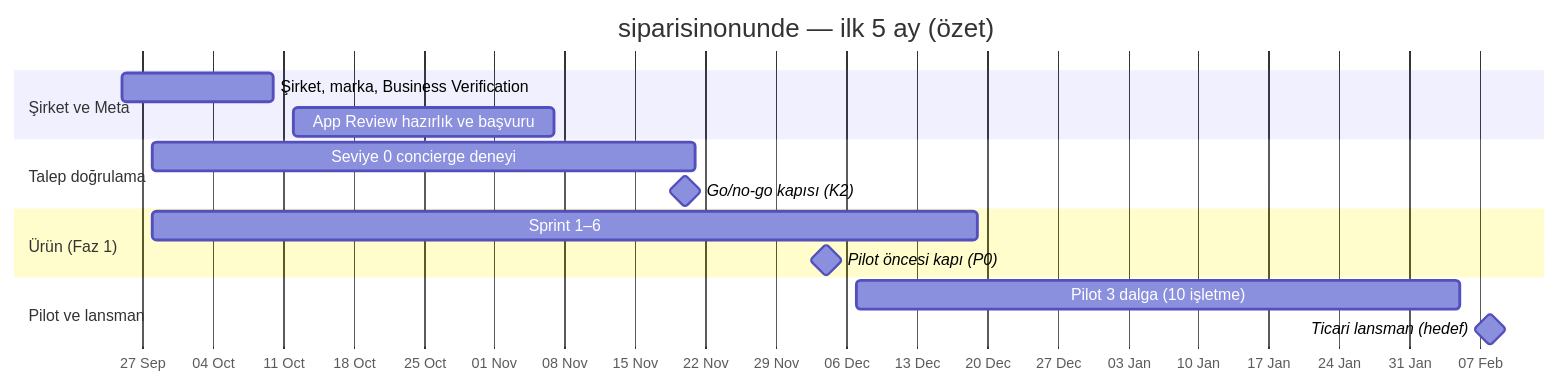
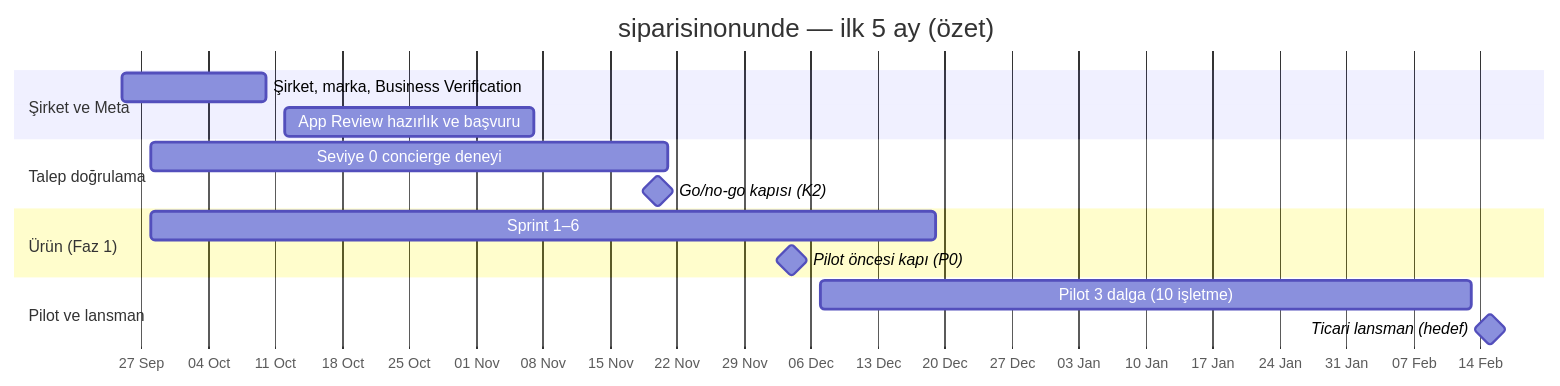
Before and after one commit to eraycaylak/siparisinonunde: the diagram in docs/00-yonetici-ozeti.md, drawn with Mermaid. The commit also changed other lines of this file and 3 other files, not shown here.

````diff
--- a/docs/00-yonetici-ozeti.md
+++ b/docs/00-yonetici-ozeti.md
@@ -92,18 +92,18 @@
 ```mermaid
 gantt
   title siparisinonunde — ilk 5 ay (özet)
   dateFormat YYYY-MM-DD
   axisFormat %d %b
   section Şirket ve Meta
   Şirket, marka, Business Verification :a1, 2026-09-25, 15d
   App Review hazırlık ve başvuru       :a2, 2026-10-12, 26d
   section Talep doğrulama
   Seviye 0 concierge deneyi            :b1, 2026-09-28, 54d
   Go/no-go kapısı (K2)                 :milestone, 2026-11-20, 0d
   section Ürün (Faz 1)
   Sprint 1–6                           :c1, 2026-09-28, 82d
   Pilot öncesi kapı (P0)               :milestone, 2026-12-04, 0d
   section Pilot ve lansman
-  Pilot 3 dalga (10 işletme)           :d1, 2026-12-07, 60d
-  Ticari lansman (hedef)               :milestone, 2027-02-08, 0d
+  Pilot 3 dalga (10 işletme)           :d1, 2026-12-07, 68d
+  Ticari lansman (hedef)               :milestone, 2027-02-15, 0d
 ```
````
